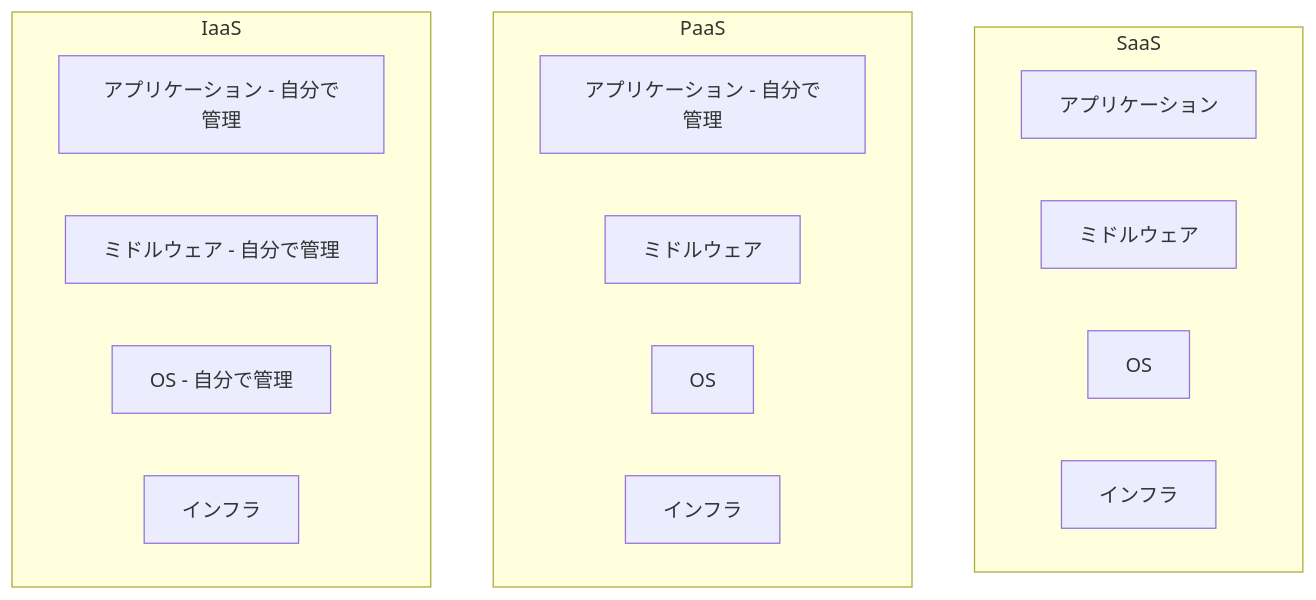
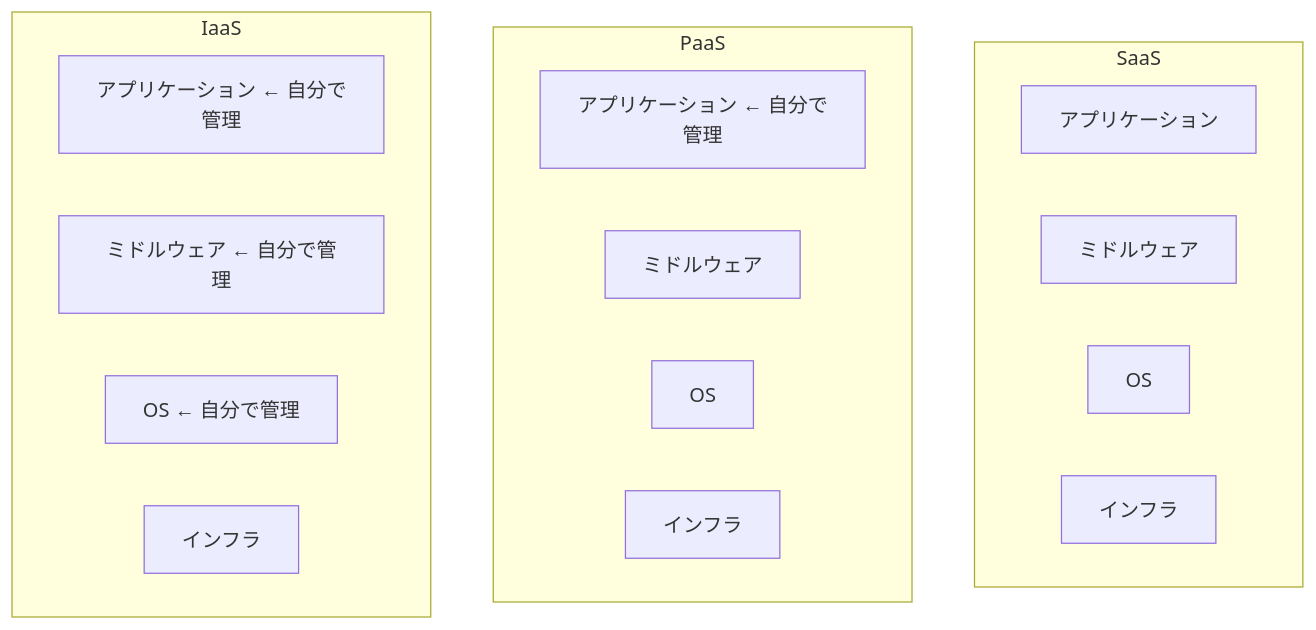
Before and after one commit to x86-unix/docs: diagram 18 of 18 in training/basics.md, drawn with Mermaid. The commit also changed other lines of this file, not shown here.

````diff
--- a/training/basics.md
+++ b/training/basics.md
@@ -663,21 +1332,21 @@
 ```mermaid
 graph TB
-    subgraph "SaaS"
+    subgraph SaaS
         App2[アプリケーション]
         MW2[ミドルウェア]
         OS2[OS]
         Infra2[インフラ]
     end
-    subgraph "PaaS"
-        App1["アプリケーション - 自分で管理"]
+    subgraph PaaS
+        App1[アプリケーション ← 自分で管理]
         MW1[ミドルウェア]
         OS1[OS]
         Infra1[インフラ]
     end
-    subgraph "IaaS"
-        App0["アプリケーション - 自分で管理"]
-        MW0["ミドルウェア - 自分で管理"]
-        OS0["OS - 自分で管理"]
+    subgraph IaaS
+        App0[アプリケーション ← 自分で管理]
+        MW0[ミドルウェア ← 自分で管理]
+        OS0[OS ← 自分で管理]
         Infra0[インフラ]
     end
 ```
````
